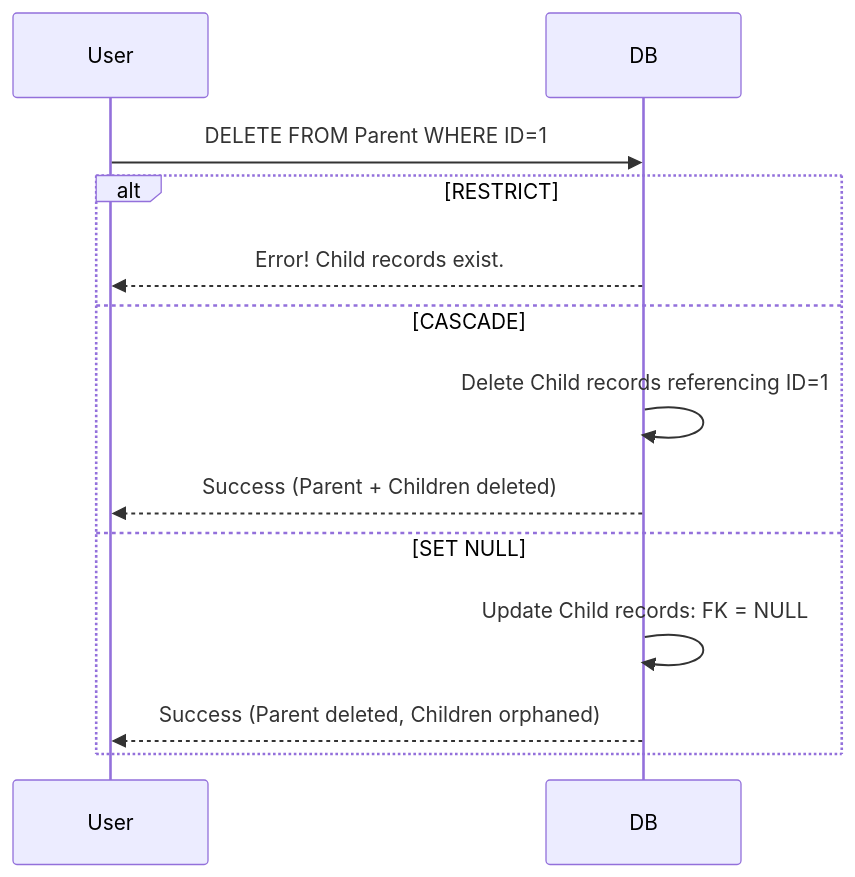
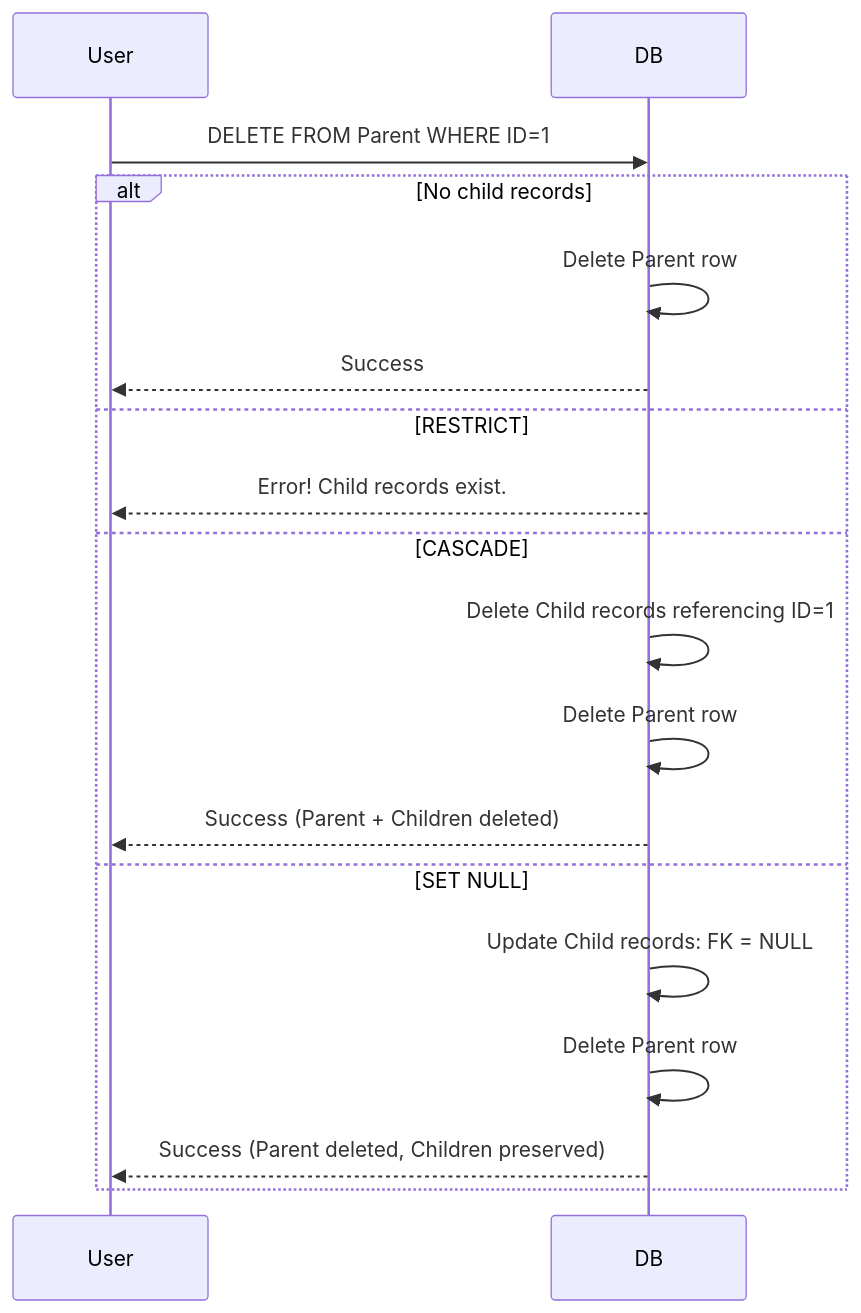
The diagram in Master 1/S1/Advanced Databases/02 Integrity Management/02 Integrity Management/02 Foreign Key Behaviors.md (Vtheonly/Obsidian_Notes), drawn with Mermaid before and after one commit. The commit also changed other lines of this file, not shown here.

Commit message:
Expand foreign-key integrity notes with child/parent violations and ON UPDATE behavior

````diff
--- a/Master 1/S1/Advanced Databases/02 Integrity Management/02 Integrity Management/02 Foreign Key Behaviors.md
+++ b/Master 1/S1/Advanced Databases/02 Integrity Management/02 Integrity Management/02 Foreign Key Behaviors.md
@@ -26,16 +44,21 @@
 ```mermaid
 sequenceDiagram
     participant User
     participant DB
     
     User->>DB: DELETE FROM Parent WHERE ID=1
-    alt RESTRICT
+    alt No child records
+        DB->>DB: Delete Parent row
+        DB-->>User: Success
+    else RESTRICT
         DB-->>User: Error! Child records exist.
     else CASCADE
         DB->>DB: Delete Child records referencing ID=1
+        DB->>DB: Delete Parent row
         DB-->>User: Success (Parent + Children deleted)
     else SET NULL
         DB->>DB: Update Child records: FK = NULL
-        DB-->>User: Success (Parent deleted, Children orphaned)
+        DB->>DB: Delete Parent row
+        DB-->>User: Success (Parent deleted, Children preserved)
     end
 ```
````
